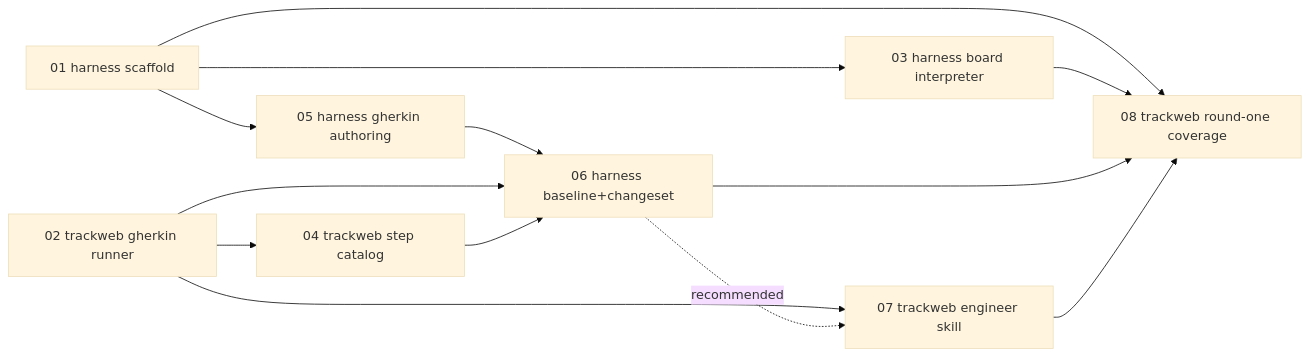
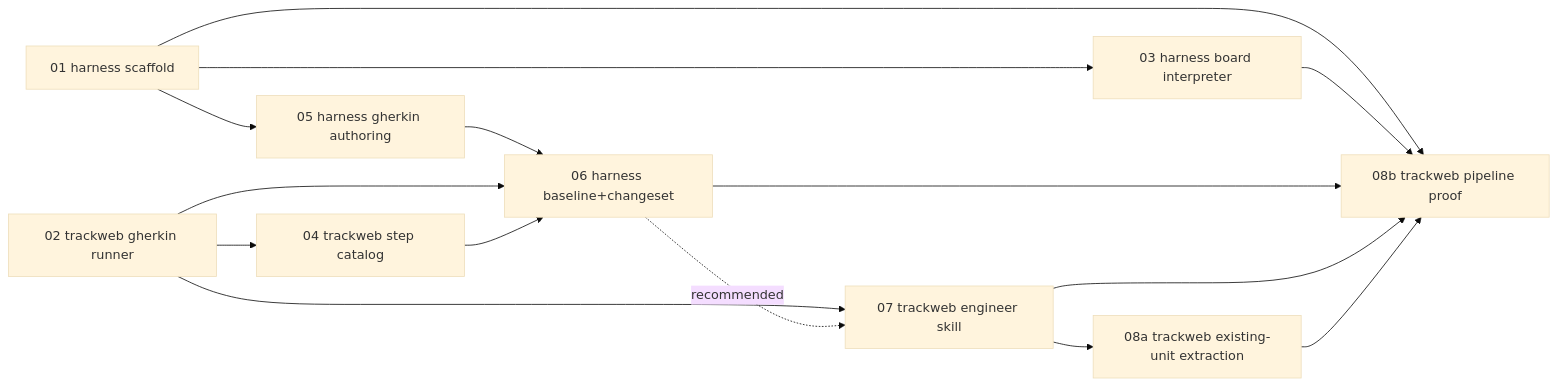
Before and after one commit to jonathanbranam/harness: the diagram in docs/dungeon-harness/phases/README.md, drawn with Mermaid (base theme). The commit also changed other lines of this file and 6 other files, not shown here.

````diff
--- a/docs/dungeon-harness/phases/README.md
+++ b/docs/dungeon-harness/phases/README.md
@@ -28,24 +35,27 @@
 ```mermaid
 graph LR
   P01[01 harness scaffold]
   P02[02 trackweb gherkin runner]
   P03[03 harness board interpreter]
   P04[04 trackweb step catalog]
   P05[05 harness gherkin authoring]
   P06[06 harness baseline+changeset]
   P07[07 trackweb engineer skill]
-  P08[08 trackweb round-one coverage]
+  P08a[08a trackweb existing-unit extraction]
+  P08b[08b trackweb pipeline proof]
 
   P01 --> P03
   P01 --> P05
   P02 --> P04
   P05 --> P06
   P02 --> P06
   P04 --> P06
   P02 --> P07
   P06 -.recommended.-> P07
-  P01 --> P08
-  P03 --> P08
-  P06 --> P08
-  P07 --> P08
+  P07 --> P08a
+  P01 --> P08b
+  P03 --> P08b
+  P06 --> P08b
+  P07 --> P08b
+  P08a --> P08b
 ```
````
